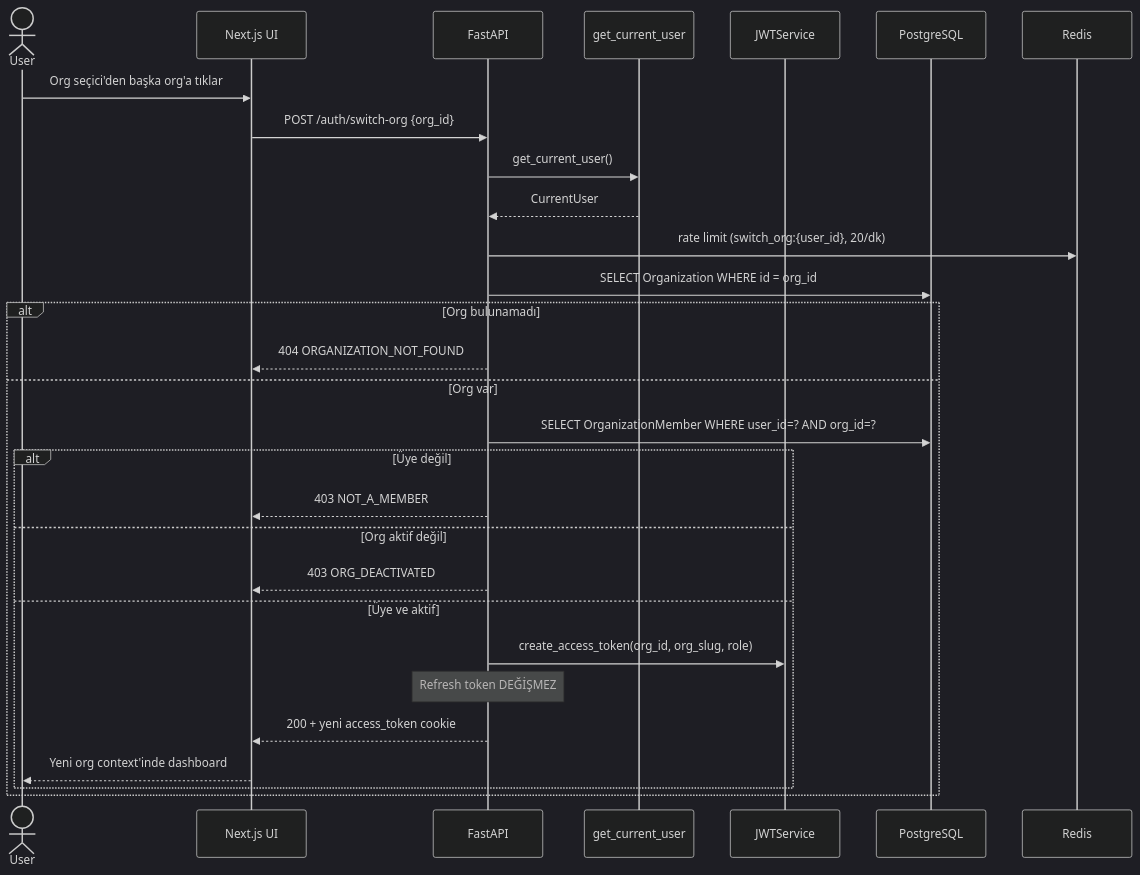
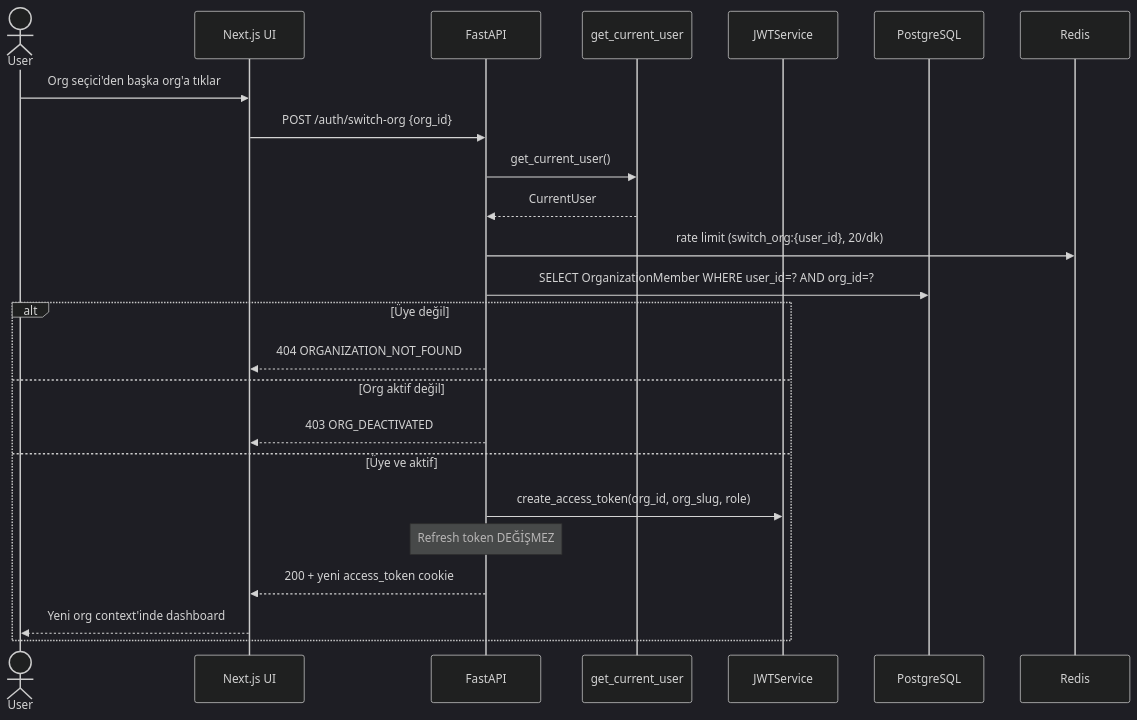
One commit to kutluhaan/AI-Agent-Observatory-House changed the third of 6 diagrams in docs/diagrams/mermaid-codes/M4-diagrams.md. Above: the diagram before and after it, drawn with Mermaid (dark theme). The commit also changed other lines of this file, not shown here.

Commit message:
Refactor M4 diagrams and update authentication flow documentation. Simplify token handling responses and clarify organization member checks in the GET /auth/me flow. Enhance sequence diagrams for better understanding of authentication processes.

````diff
--- a/docs/diagrams/mermaid-codes/M4-diagrams.md
+++ b/docs/diagrams/mermaid-codes/M4-diagrams.md
@@ -75,32 +71,27 @@
 ```mermaid
 sequenceDiagram
     actor User
     participant UI as Next.js UI
     participant API as FastAPI
     participant DEPS as get_current_user
     participant JWT as JWTService
     participant DB as PostgreSQL
     participant Redis
 
     User->>UI: Org seçici'den başka org'a tıklar
     UI->>API: POST /auth/switch-org {org_id}
     API->>DEPS: get_current_user()
     DEPS-->>API: CurrentUser
     API->>Redis: rate limit (switch_org:{user_id}, 20/dk)
-    API->>DB: SELECT Organization WHERE id = org_id
-    alt Org bulunamadı
+    API->>DB: SELECT OrganizationMember WHERE user_id=? AND org_id=?
+    alt Üye değil
         API-->>UI: 404 ORGANIZATION_NOT_FOUND
-    else Org var
-        API->>DB: SELECT OrganizationMember WHERE user_id=? AND org_id=?
-        alt Üye değil
-            API-->>UI: 403 NOT_A_MEMBER
-        else Org aktif değil
-            API-->>UI: 403 ORG_DEACTIVATED
-        else Üye ve aktif
-            API->>JWT: create_access_token(org_id, org_slug, role)
-            Note over API: Refresh token DEĞİŞMEZ
-            API-->>UI: 200 + yeni access_token cookie
-            UI-->>User: Yeni org context'inde dashboard
-        end
+    else Org aktif değil
+        API-->>UI: 403 ORG_DEACTIVATED
+    else Üye ve aktif
+        API->>JWT: create_access_token(org_id, org_slug, role)
+        Note over API: Refresh token DEĞİŞMEZ
+        API-->>UI: 200 + yeni access_token cookie
+        UI-->>User: Yeni org context'inde dashboard
     end
 ```
````
